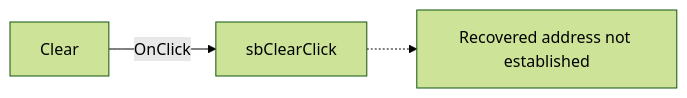
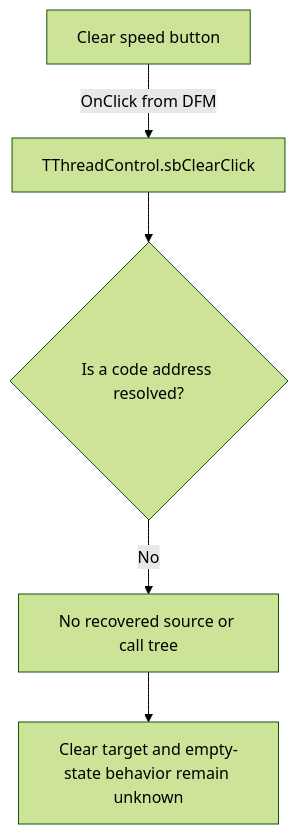
Before and after one commit to MovGP0/TIARA: the diagram in docs/ui-controls/threadcontrol/sbclear-b13202b394.md, drawn with Mermaid (forest theme). The commit also changed other lines of this file and 1062 other files, not shown here.

````diff
--- a/docs/ui-controls/threadcontrol/sbclear-b13202b394.md
+++ b/docs/ui-controls/threadcontrol/sbclear-b13202b394.md
@@ -27,5 +29,7 @@
 ```mermaid
-flowchart LR
-    control["Clear"] -->|OnClick| handler["sbClearClick"]
-    handler -.-> unresolved["Recovered address not established"]
+flowchart TD
+    control["Clear speed button"] -->|OnClick from DFM| binding["TThreadControl.sbClearClick"]
+    binding --> address{"Is a code address resolved?"}
+    address -->|No| gap["No recovered source or call tree"]
+    gap --> unknown["Clear target and empty-state behavior remain unknown"]
 ```
````
